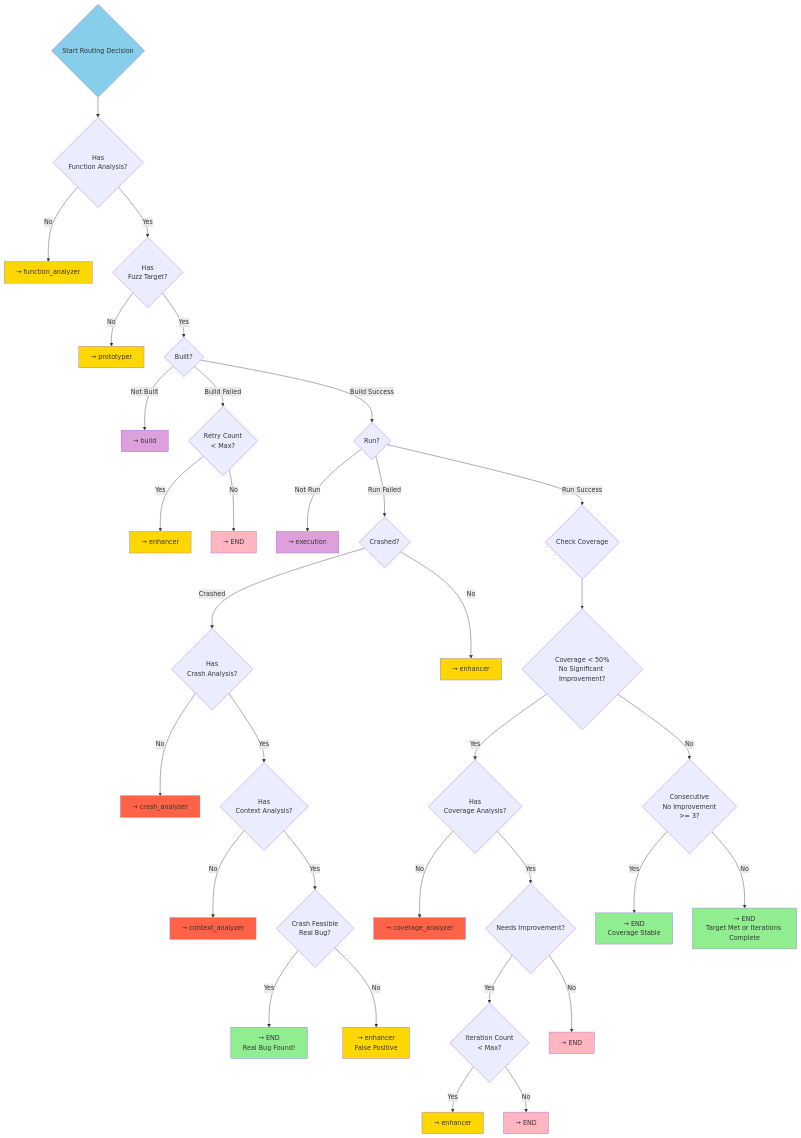
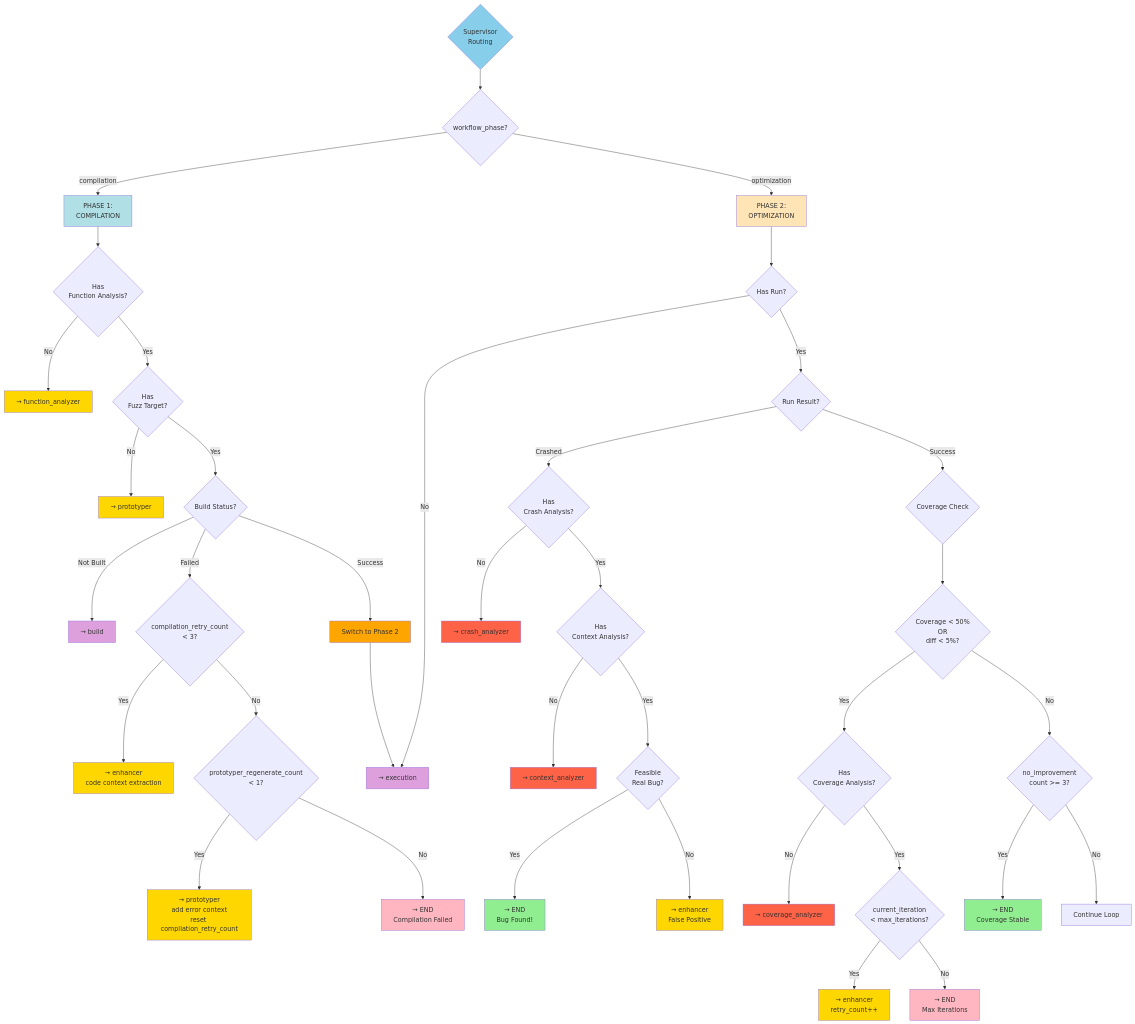
The second of 4 diagrams in agent_graph/README.md (google/oss-fuzz-gen), drawn with Mermaid before and after one commit. The commit also changed other lines of this file and 8 other files, not shown here.

````diff
--- a/agent_graph/README.md
+++ b/agent_graph/README.md
@@ -74,69 +134,75 @@
 ```mermaid
 flowchart TD
-    Start{Start Routing Decision} --> HasFuncAnalysis{Has<br/>Function Analysis?}
+    Start{Supervisor<br/>Routing} --> CheckPhase{workflow_phase?}
     
-    HasFuncAnalysis -->|No| FuncAnalyzer[→ function_analyzer]
-    HasFuncAnalysis -->|Yes| HasFuzzTarget{Has<br/>Fuzz Target?}
+    CheckPhase -->|"compilation"| Phase1[PHASE 1:<br/>COMPILATION]
+    CheckPhase -->|"optimization"| Phase2[PHASE 2:<br/>OPTIMIZATION]
     
-    HasFuzzTarget -->|No| Proto[→ prototyper]
-    HasFuzzTarget -->|Yes| HasBuilt{Built?}
+    Phase1 --> P1_HasAnalysis{Has<br/>Function Analysis?}
+    P1_HasAnalysis -->|No| P1_Analyzer[→ function_analyzer]
+    P1_HasAnalysis -->|Yes| P1_HasTarget{Has<br/>Fuzz Target?}
     
-    HasBuilt -->|Not Built| BuildNode[→ build]
-    HasBuilt -->|Build Failed| BuildFailed{Retry Count<br/>< Max?}
-    HasBuilt -->|Build Success| HasRun{Run?}
+    P1_HasTarget -->|No| P1_Proto[→ prototyper]
+    P1_HasTarget -->|Yes| P1_Built{Build Status?}
     
-    BuildFailed -->|Yes| Enhance1[→ enhancer]
-    BuildFailed -->|No| EndNode1[→ END]
+    P1_Built -->|Not Built| P1_Build[→ build]
+    P1_Built -->|Failed| P1_Retry{compilation_retry_count<br/>< 3?}
+    P1_Built -->|Success| P1_Switch[Switch to Phase 2]
     
-    HasRun -->|Not Run| ExecNode[→ execution]
-    HasRun -->|Run Failed| RunFailed{Crashed?}
-    HasRun -->|Run Success| CheckCov{Check Coverage}
+    P1_Retry -->|Yes| P1_Enhancer[→ enhancer<br/>code context extraction]
+    P1_Retry -->|No| P1_Regen{prototyper_regenerate_count<br/>< 1?}
     
-    RunFailed -->|Crashed| HasCrashAnalysis{Has<br/>Crash Analysis?}
-    RunFailed -->|No| Enhance2[→ enhancer]
+    P1_Regen -->|Yes| P1_ProtoRegen[→ prototyper<br/>add error context<br/>reset compilation_retry_count]
+    P1_Regen -->|No| P1_End[→ END<br/>Compilation Failed]
     
-    HasCrashAnalysis -->|No| CrashAna[→ crash_analyzer]
-    HasCrashAnalysis -->|Yes| HasContext{Has<br/>Context Analysis?}
+    P1_Switch --> P2_Exec
     
-    HasContext -->|No| ContextAna[→ context_analyzer]
-    HasContext -->|Yes| IsFeasible{Crash Feasible<br/>Real Bug?}
+    Phase2 --> P2_HasRun{Has Run?}
+    P2_HasRun -->|No| P2_Exec[→ execution]
+    P2_HasRun -->|Yes| P2_Result{Run Result?}
     
-    IsFeasible -->|Yes| EndNode2[→ END<br/>Real Bug Found!]
-    IsFeasible -->|No| Enhance3[→ enhancer<br/>False Positive]
+    P2_Result -->|Crashed| P2_CrashCheck{Has<br/>Crash Analysis?}
+    P2_Result -->|Success| P2_Coverage{Coverage Check}
     
-    CheckCov --> CovPercent{Coverage < 50%<br/>No Significant Improvement?}
+    P2_CrashCheck -->|No| P2_CrashAna[→ crash_analyzer]
+    P2_CrashCheck -->|Yes| P2_ContextCheck{Has<br/>Context Analysis?}
     
-    CovPercent -->|Yes| HasCovAnalysis{Has<br/>Coverage Analysis?}
-    CovPercent -->|No| CheckStagnant{Consecutive<br/>No Improvement<br/>>= 3?}
+    P2_ContextCheck -->|No| P2_ContextAna[→ context_analyzer]
+    P2_ContextCheck -->|Yes| P2_Feasible{Feasible<br/>Real Bug?}
     
-    HasCovAnalysis -->|No| CovAna[→ coverage_analyzer]
-    HasCovAnalysis -->|Yes| NeedImprove{Needs Improvement?}
+    P2_Feasible -->|Yes| P2_EndBug[→ END<br/>Bug Found!]
+    P2_Feasible -->|No| P2_EnhancerFP[→ enhancer<br/>False Positive]
     
-    NeedImprove -->|Yes| CheckIter{Iteration Count<br/>< Max?}
-    NeedImprove -->|No| EndNode3[→ END]
+    P2_Coverage --> P2_CovLow{Coverage < 50%<br/>OR<br/>diff < 5%?}
+    P2_CovLow -->|Yes| P2_CovCheck{Has<br/>Coverage Analysis?}
+    P2_CovLow -->|No| P2_Stagnant{no_improvement<br/>count >= 3?}
     
-    CheckIter -->|Yes| Enhance4[→ enhancer]
-    CheckIter -->|No| EndNode4[→ END]
+    P2_CovCheck -->|No| P2_CovAna[→ coverage_analyzer]
+    P2_CovCheck -->|Yes| P2_Iter{current_iteration<br/>< max_iterations?}
     
-    CheckStagnant -->|Yes| EndNode5[→ END<br/>Coverage Stable]
-    CheckStagnant -->|No| EndNode6[→ END<br/>Target Met or Iterations Complete]
+    P2_Iter -->|Yes| P2_EnhancerCov[→ enhancer<br/>retry_count++]
+    P2_Iter -->|No| P2_EndMaxIter[→ END<br/>Max Iterations]
+    
+    P2_Stagnant -->|Yes| P2_EndStable[→ END<br/>Coverage Stable]
+    P2_Stagnant -->|No| P2_Continue[Continue Loop]
     
     style Start fill:#87CEEB
-    style FuncAnalyzer fill:#FFD700
-    style Proto fill:#FFD700
-    style BuildNode fill:#DDA0DD
-    style Enhance1 fill:#FFD700
-    style Enhance2 fill:#FFD700
-    style Enhance3 fill:#FFD700
-    style Enhance4 fill:#FFD700
-    style ExecNode fill:#DDA0DD
-    style CrashAna fill:#FF6347
-    style ContextAna fill:#FF6347
-    style CovAna fill:#FF6347
-    style EndNode1 fill:#FFB6C1
-    style EndNode2 fill:#90EE90
-    style EndNode3 fill:#FFB6C1
-    style EndNode4 fill:#FFB6C1
-    style EndNode5 fill:#90EE90
-    style EndNode6 fill:#90EE90
+    style Phase1 fill:#B0E0E6
+    style Phase2 fill:#FFE4B5
+    style P1_Analyzer fill:#FFD700
+    style P1_Proto fill:#FFD700
+    style P1_ProtoRegen fill:#FFD700
+    style P1_Enhancer fill:#FFD700
+    style P1_Build fill:#DDA0DD
+    style P1_Switch fill:#FFA500
+    style P2_Exec fill:#DDA0DD
+    style P2_CrashAna fill:#FF6347
+    style P2_ContextAna fill:#FF6347
+    style P2_CovAna fill:#FF6347
+    style P2_EnhancerFP fill:#FFD700
+    style P2_EnhancerCov fill:#FFD700
+    style P1_End fill:#FFB6C1
+    style P2_EndBug fill:#90EE90
+    style P2_EndMaxIter fill:#FFB6C1
+    style P2_EndStable fill:#90EE90
 ```
````
